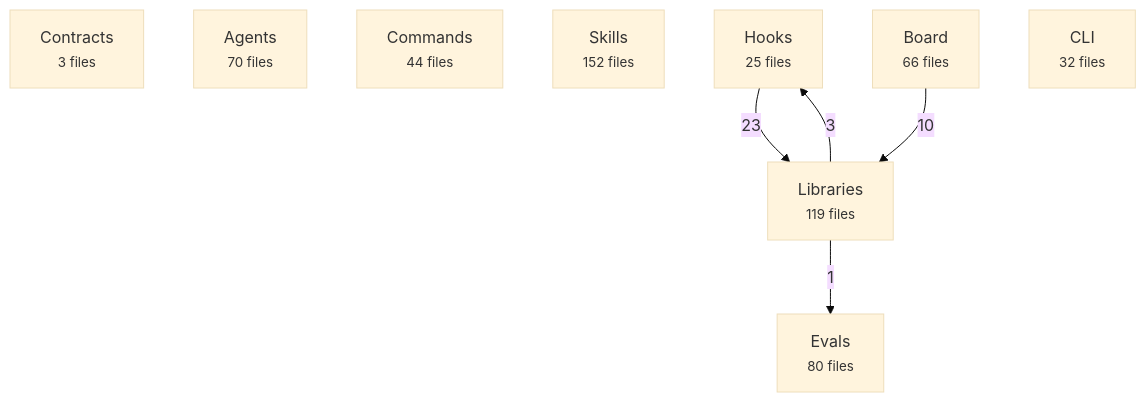
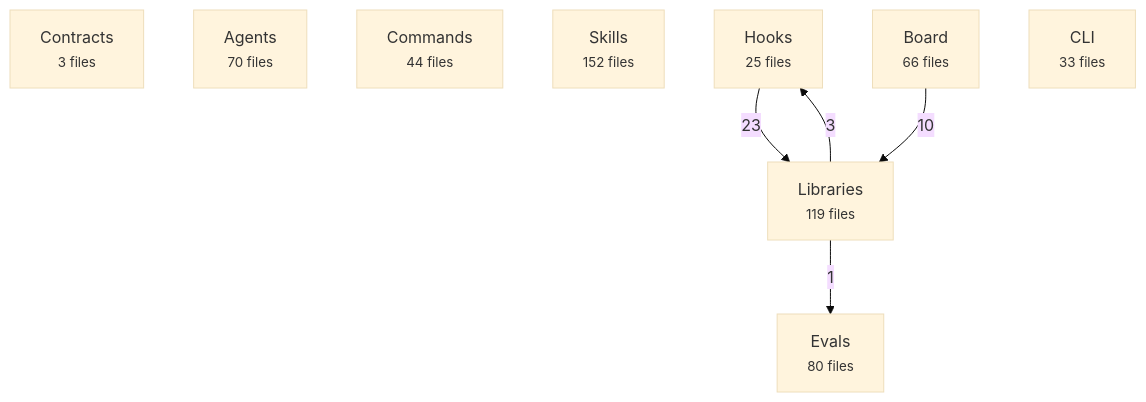
The first of 2 diagrams in docs/reference/architecture-map.md (avelikiy/great_cto), drawn with Mermaid (base theme) before and after one commit. The commit also changed other lines of this file, not shown here.

````diff
--- a/docs/reference/architecture-map.md
+++ b/docs/reference/architecture-map.md
@@ -20,16 +20,16 @@
 ```mermaid
 flowchart TD
   contracts["Contracts<br/><small>3 files</small>"]
   agents["Agents<br/><small>70 files</small>"]
   commands["Commands<br/><small>44 files</small>"]
   skills["Skills<br/><small>152 files</small>"]
   hooks["Hooks<br/><small>25 files</small>"]
   libs["Libraries<br/><small>119 files</small>"]
   board["Board<br/><small>66 files</small>"]
-  cli["CLI<br/><small>32 files</small>"]
+  cli["CLI<br/><small>33 files</small>"]
   evals["Evals<br/><small>80 files</small>"]
   hooks -->|23| libs
   board -->|10| libs
   libs -->|3| hooks
   libs -->|1| evals
 ```
````
